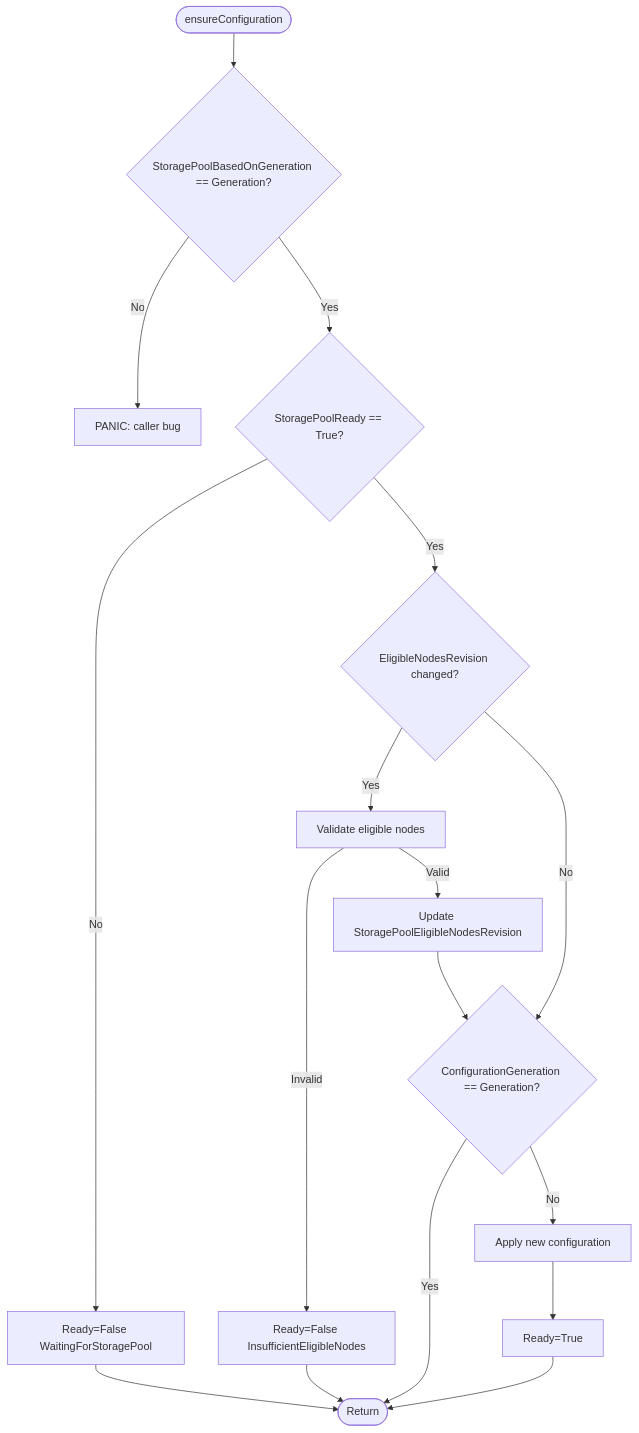
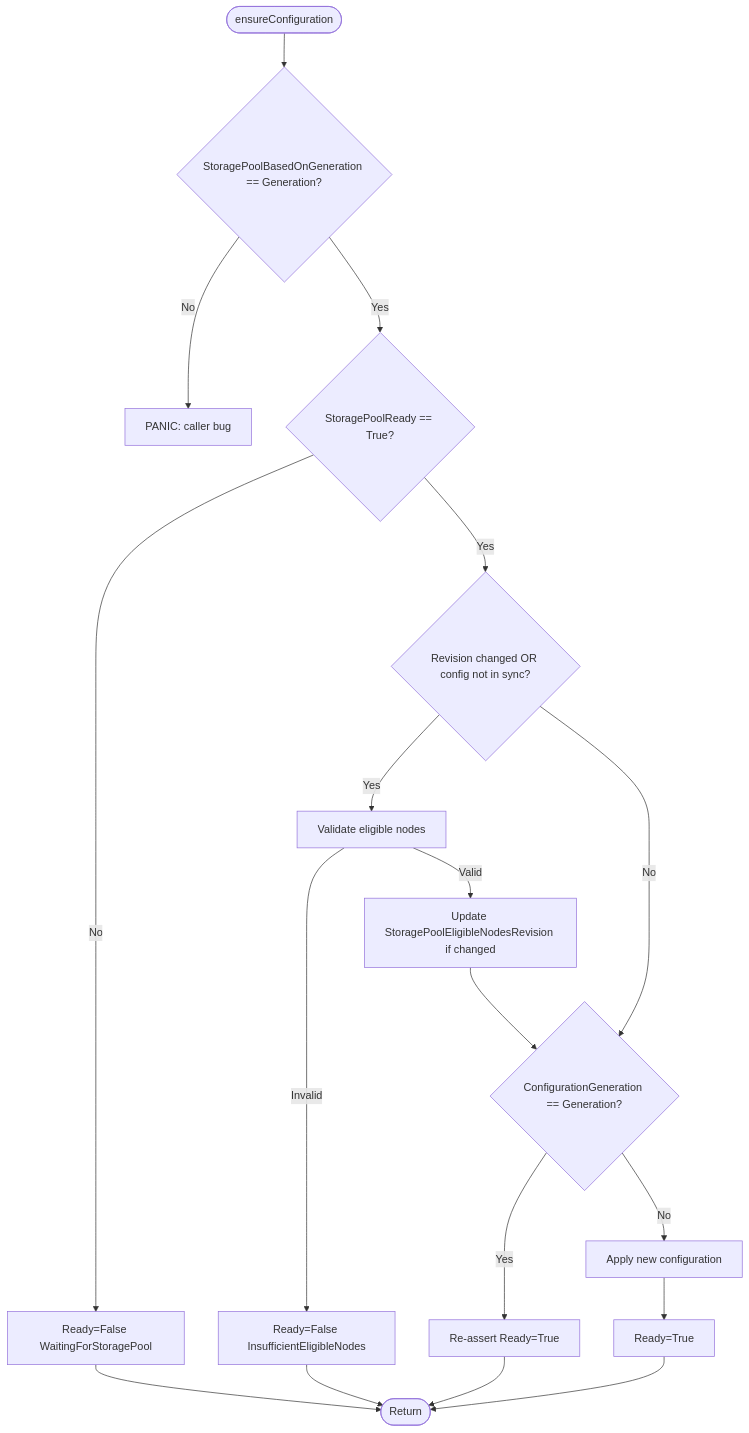
Before and after one commit to deckhouse/sds-replicated-volume: the fourth of 7 diagrams in images/controller/internal/controllers/rsc_controller/README.md, drawn with Mermaid. The commit also changed other lines of this file and 9 other files, not shown here.

````diff
--- a/images/controller/internal/controllers/rsc_controller/README.md
+++ b/images/controller/internal/controllers/rsc_controller/README.md
@@ -276,19 +285,20 @@
 ```mermaid
 flowchart TD
     Start([ensureConfiguration]) --> CheckGen{StoragePoolBasedOnGeneration == Generation?}
     CheckGen -->|No| Panic[PANIC: caller bug]
     CheckGen -->|Yes| CheckSPReady{StoragePoolReady == True?}
     CheckSPReady -->|No| SetWaiting[Ready=False WaitingForStoragePool]
     SetWaiting --> End([Return])
-    CheckSPReady -->|Yes| CheckRevision{EligibleNodesRevision changed?}
-    CheckRevision -->|Yes| Validate[Validate eligible nodes]
-    CheckRevision -->|No| CheckConfigSync
+    CheckSPReady -->|Yes| NeedsValidation{Revision changed OR config not in sync?}
+    NeedsValidation -->|Yes| Validate[Validate eligible nodes]
+    NeedsValidation -->|No| CheckConfigSync
     Validate -->|Invalid| SetInvalid[Ready=False InsufficientEligibleNodes]
     SetInvalid --> End
-    Validate -->|Valid| UpdateRevision[Update StoragePoolEligibleNodesRevision]
+    Validate -->|Valid| UpdateRevision[Update StoragePoolEligibleNodesRevision if changed]
     UpdateRevision --> CheckConfigSync{ConfigurationGeneration == Generation?}
-    CheckConfigSync -->|Yes| End
+    CheckConfigSync -->|Yes| ReAssertReady[Re-assert Ready=True]
+    ReAssertReady --> End
     CheckConfigSync -->|No| ApplyConfig[Apply new configuration]
     ApplyConfig --> SetReady[Ready=True]
     SetReady --> End
 ```
````
